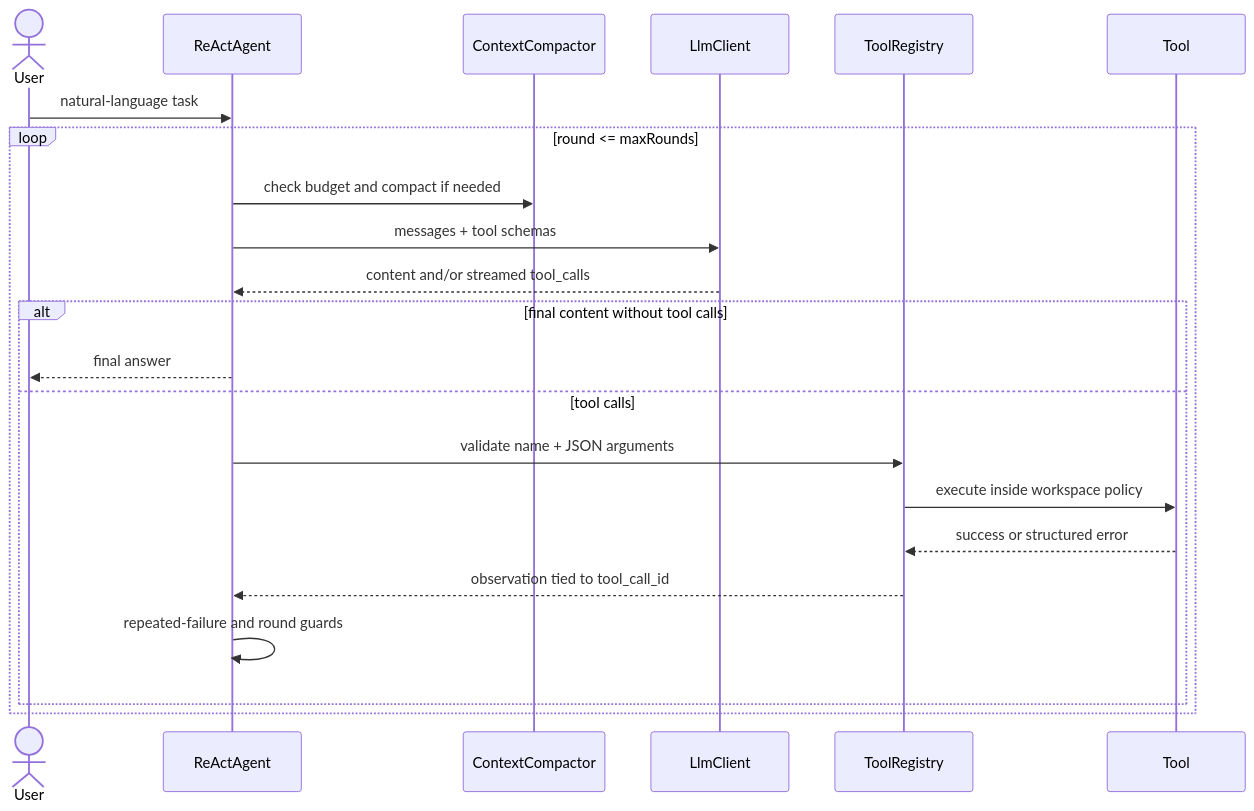
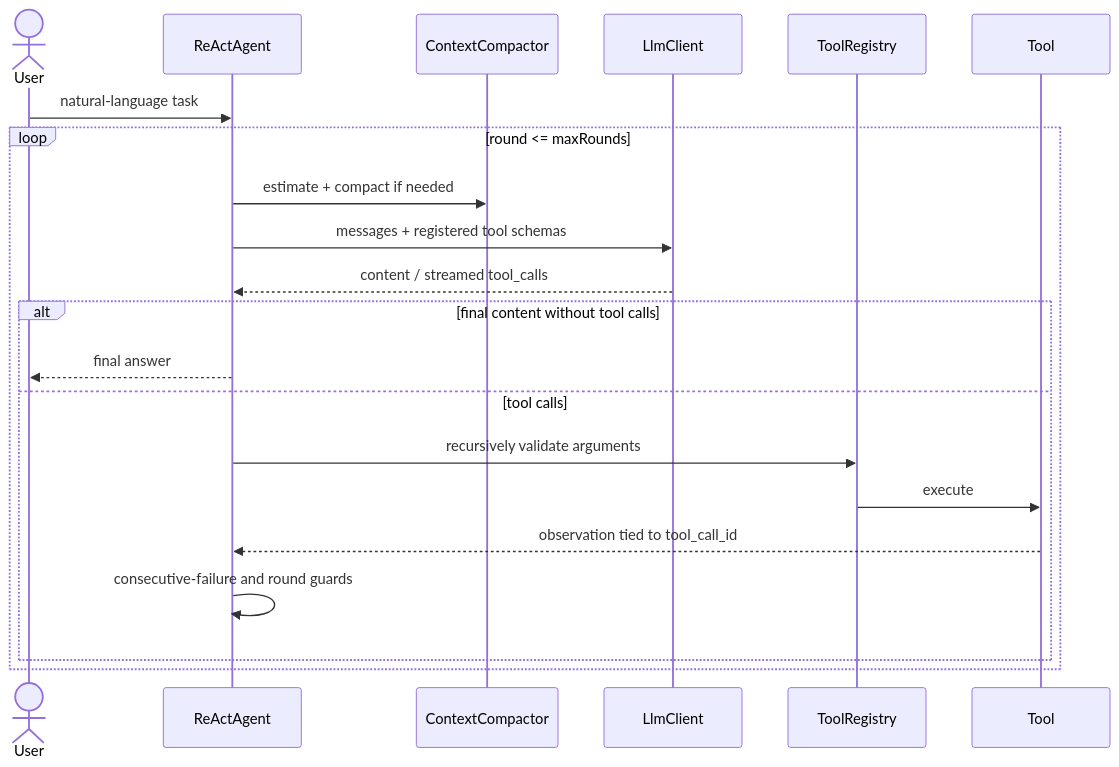
One commit to Linji-x/you-agent-cli changed the second of 3 diagrams in README.md. Above: the diagram before and after it, drawn with Mermaid. The commit also changed other lines of this file and 7 other files, not shown here.

````diff
--- a/README.md
+++ b/README.md
@@ -79,25 +122,24 @@
 ```mermaid
 sequenceDiagram
     actor User
     participant Agent as ReActAgent
     participant Context as ContextCompactor
     participant LLM as LlmClient
     participant Registry as ToolRegistry
     participant Tool
 
     User->>Agent: natural-language task
     loop round <= maxRounds
-        Agent->>Context: check budget and compact if needed
-        Agent->>LLM: messages + tool schemas
-        LLM-->>Agent: content and/or streamed tool_calls
+        Agent->>Context: estimate + compact if needed
+        Agent->>LLM: messages + registered tool schemas
+        LLM-->>Agent: content / streamed tool_calls
         alt final content without tool calls
             Agent-->>User: final answer
         else tool calls
-            Agent->>Registry: validate name + JSON arguments
-            Registry->>Tool: execute inside workspace policy
-            Tool-->>Registry: success or structured error
-            Registry-->>Agent: observation tied to tool_call_id
-            Agent->>Agent: repeated-failure and round guards
+            Agent->>Registry: recursively validate arguments
+            Registry->>Tool: execute
+            Tool-->>Agent: observation tied to tool_call_id
+            Agent->>Agent: consecutive-failure and round guards
         end
     end
 ```
````
